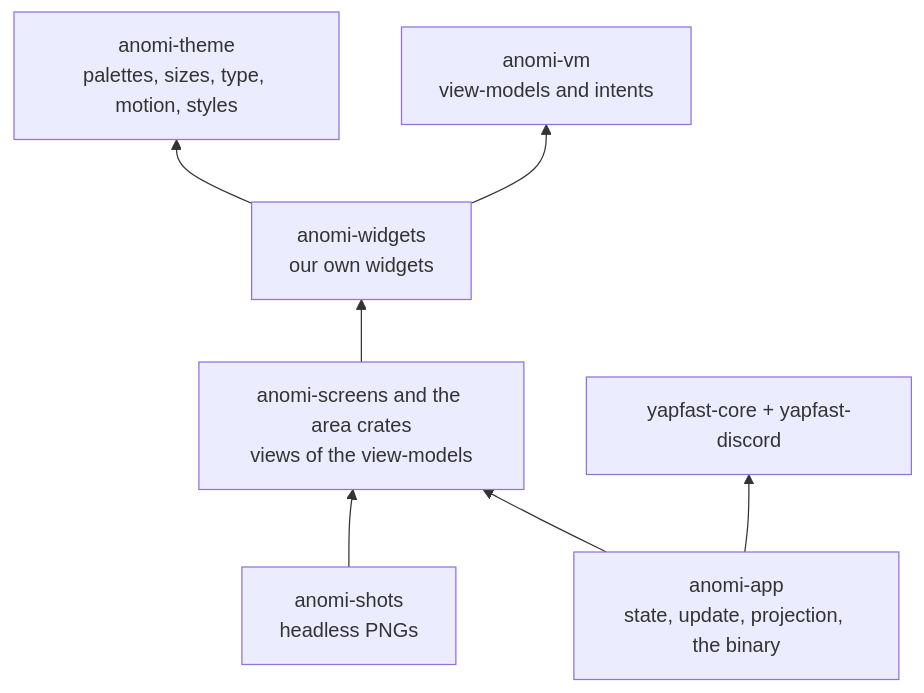
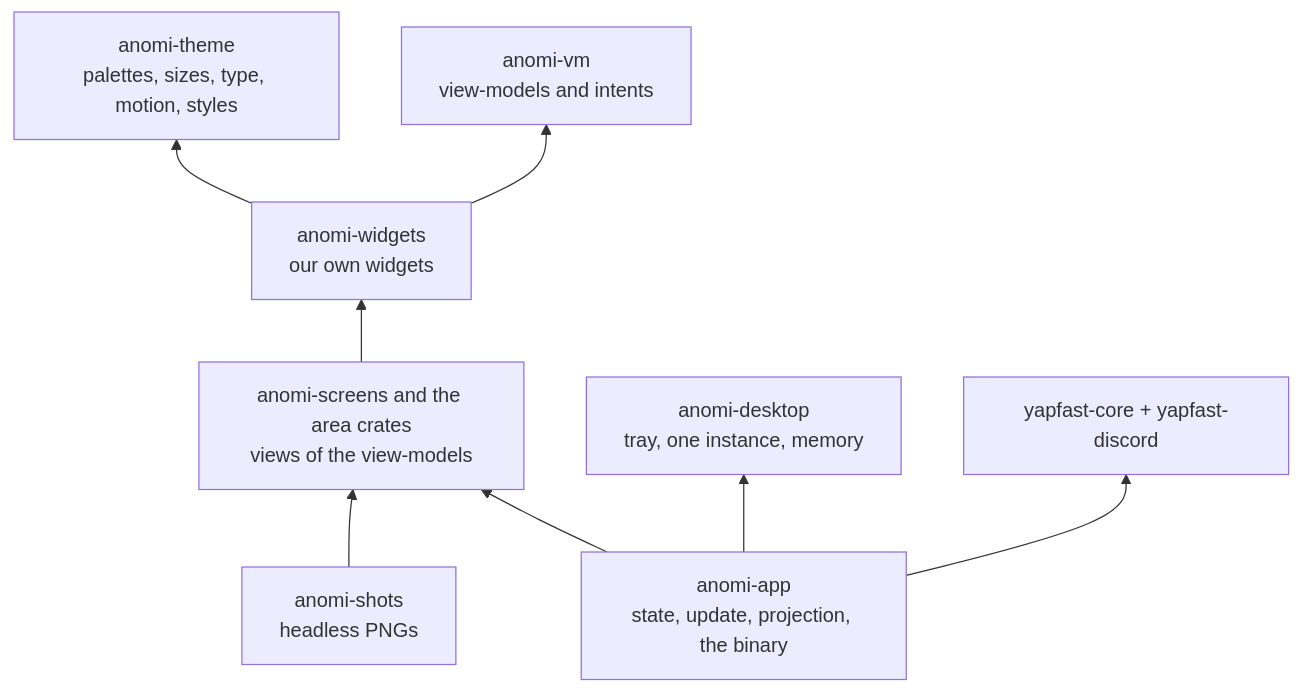
One commit to yapfast/yapfast changed the first of 2 diagrams in docs/iced/README.md. Above: the diagram before and after it, drawn with Mermaid. The commit also changed other lines of this file and 45 other files, not shown here.

````diff
--- a/docs/iced/README.md
+++ b/docs/iced/README.md
@@ -23,16 +23,18 @@
 ```mermaid
 flowchart BT
     theme[anomi-theme<br/>palettes, sizes, type, motion, styles]
     vm[anomi-vm<br/>view-models and intents]
     widgets[anomi-widgets<br/>our own widgets]
     screens[anomi-screens and the area crates<br/>views of the view-models]
     shots[anomi-shots<br/>headless PNGs]
     app[anomi-app<br/>state, update, projection, the binary]
+    desktop[anomi-desktop<br/>tray, one instance, memory]
     core[yapfast-core + yapfast-discord]
     widgets --> theme
     widgets --> vm
     screens --> widgets
     shots --> screens
     app --> screens
     app --> core
+    app --> desktop
 ```
````
